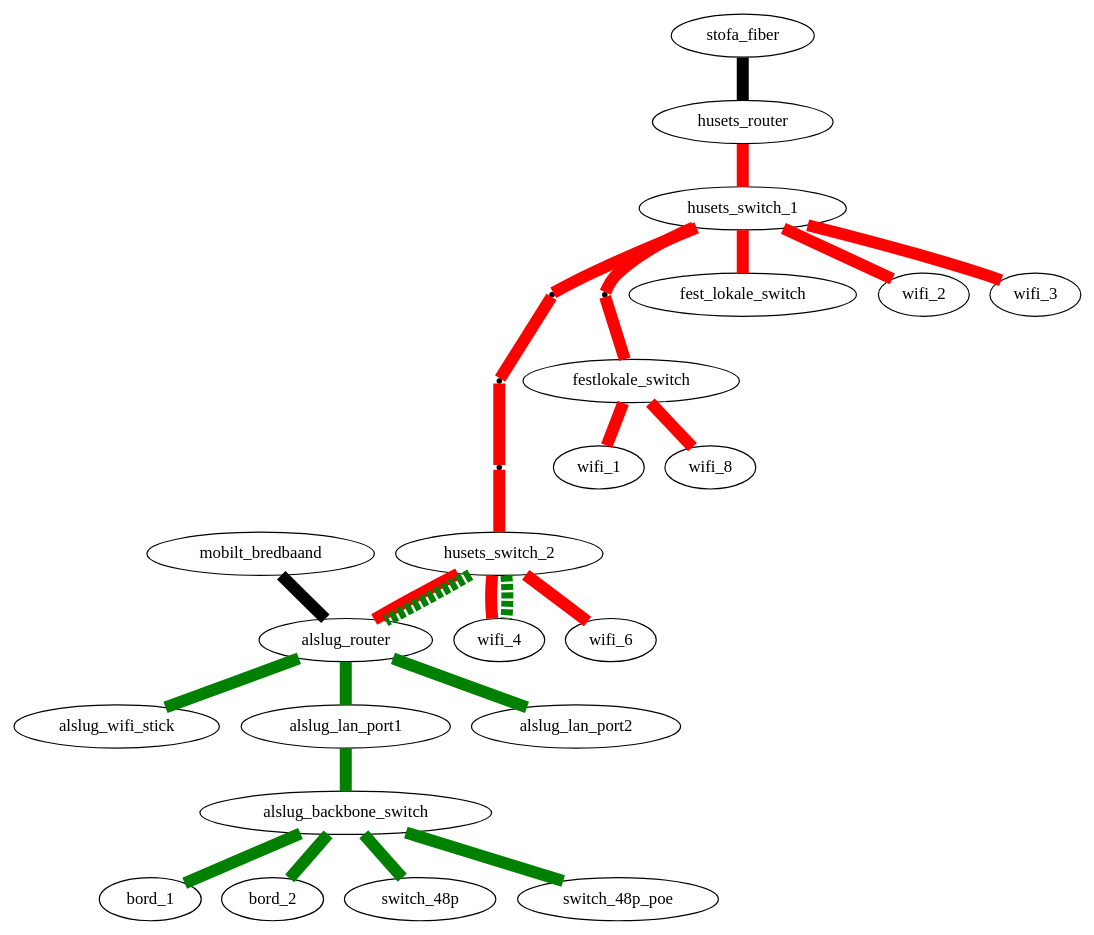
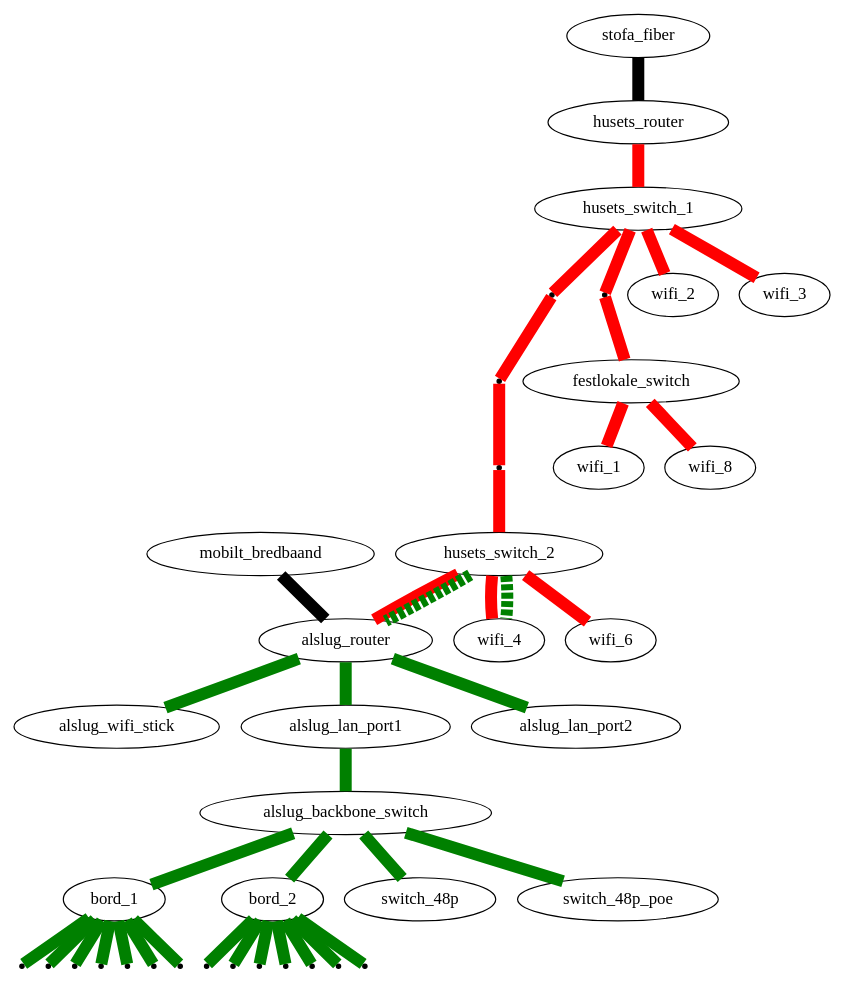
One commit to alslug/alslug.dk changed the diagram in projekter/network.dot. Above: the diagram before and after it, drawn with Graphviz.

```diff
--- a/projekter/network.dot
+++ b/projekter/network.dot
@@ -1,27 +1,30 @@
 digraph xxx {
   link_12a [ shape=point ];
   link_12b [ shape=point ];
   link_12c [ shape=point ];
   link_1fa [ shape=point ];
   edge [ dir=none penwidth=10 ];
   
   // Internet forbindelser
   stofa_fiber      -> husets_router [ fillcolor=black style=filled ];
   mobilt_bredbaand -> alslug_router [ fillcolor=black style=filled ];
   
   // Husets forbindelser
   edge  [ color=red style=solid ];
-  husets_router -> husets_switch_1 -> { fest_lokale_switch wifi_2 wifi_3 };
+  husets_router -> husets_switch_1 -> { wifi_2 wifi_3 };
   husets_switch_1 -> link_12a -> link_12b -> link_12c -> husets_switch_2 -> { wifi_4 wifi_6 alslug_router};
   husets_switch_1 -> link_1fa -> festlokale_switch -> { wifi_1 wifi_8 };
 
   // VLAN forbindelser over bakkensbros netværk
   edge  [ color=green style=dashed ];
   husets_switch_2 -> { alslug_router wifi_4 };
   
   // Interne forbindelser
   edge [ color=green style=solid ];
   alslug_router -> { alslug_wifi_stick alslug_lan_port1 alslug_lan_port2 };
   alslug_lan_port1 -> alslug_backbone_switch -> { bord_1 bord_2 switch_48p switch_48p_poe }
   
+  node [ shape=point ];
+  bord_1 -> { bord_1_1 bord_1_2 bord_1_3 bord_1_4 bord_1_5 bord_1_6 bord_1_7 }
+  bord_2 -> { bord_2_1 bord_2_2 bord_2_3 bord_2_4 bord_2_5 bord_2_6 bord_2_7 }
 }
```
